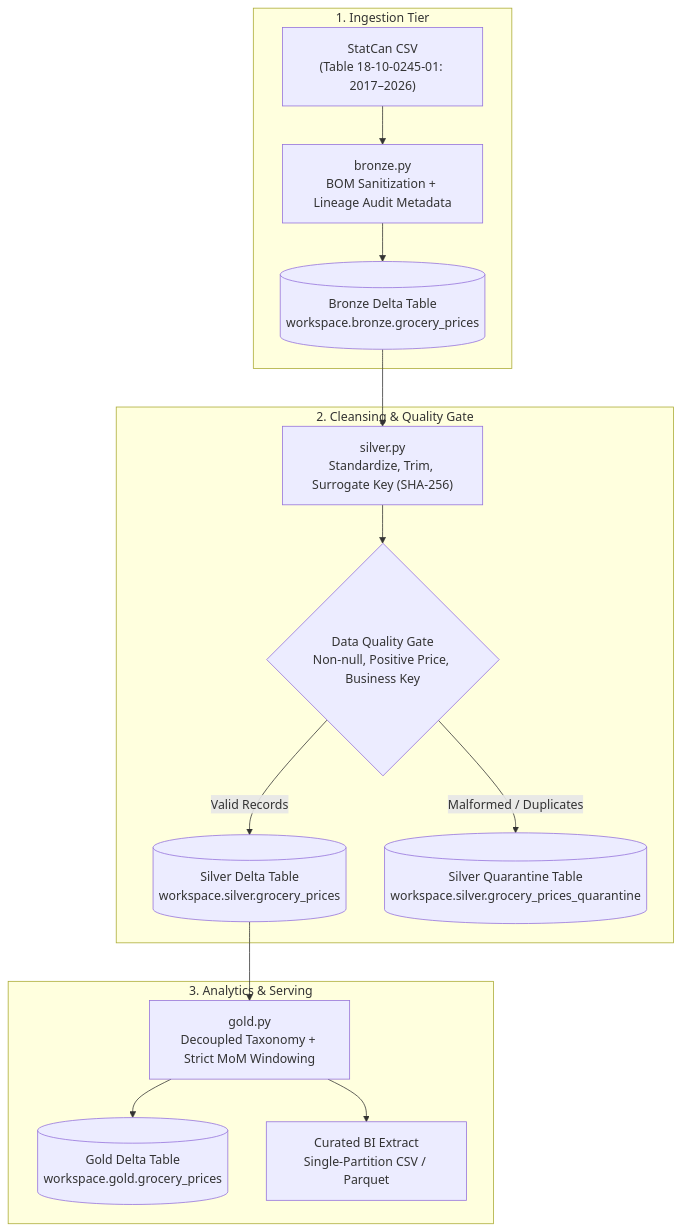
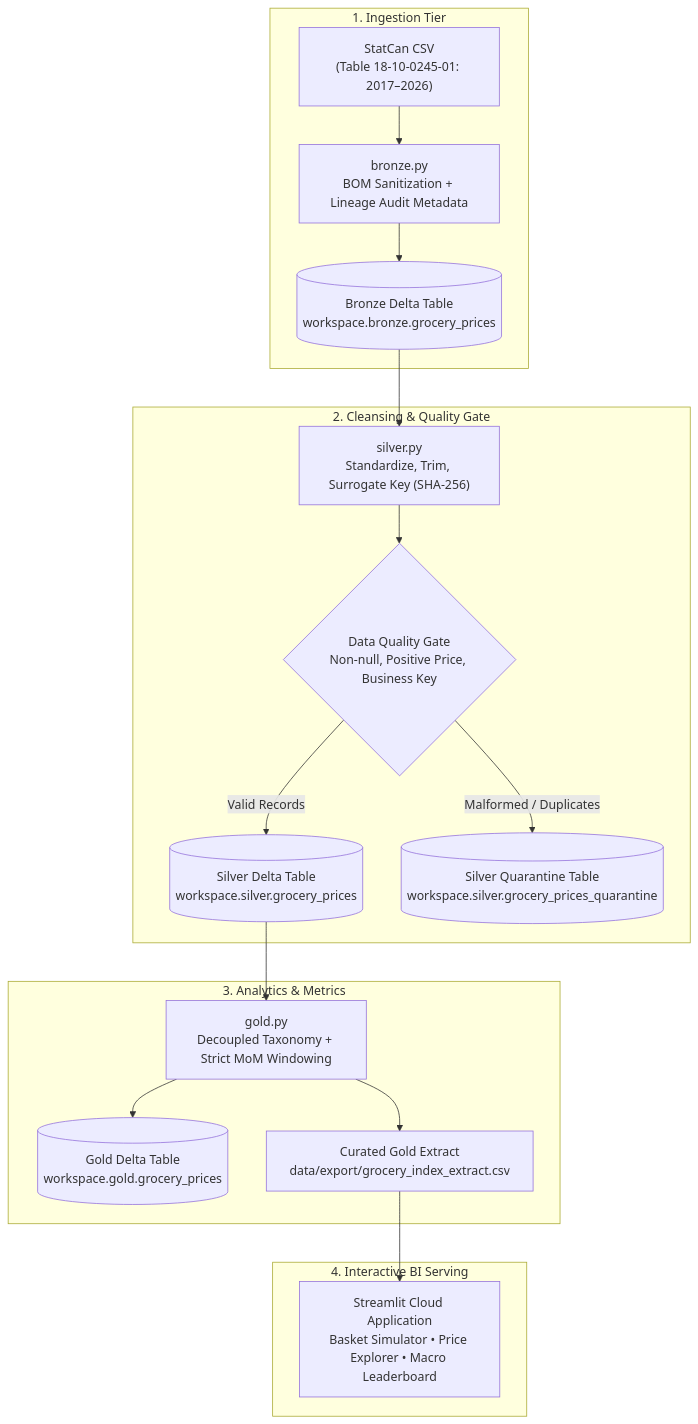
The diagram in README.md (sathwikio/GII-Grocery-Intelligence-Index), drawn with Mermaid before and after one commit. The commit also changed 2 other files, not shown here.

Commit message:
docs: add Serving Tier to architecture diagram, add ADR 007, and update Makefile

````diff
--- a/README.md
+++ b/README.md
@@ -55,20 +55,24 @@
 ```mermaid
 flowchart TD
     subgraph Landing["1. Ingestion Tier"]
         SourceCSV["StatCan CSV<br/>(Table 18-10-0245-01: 2017–2026)"] --> BronzeJob["bronze.py<br/>BOM Sanitization + Lineage Audit Metadata"]
         BronzeJob --> BronzeDelta[("Bronze Delta Table<br/>workspace.bronze.grocery_prices")]
     end
 
     subgraph SilverTier["2. Cleansing & Quality Gate"]
         BronzeDelta --> SilverJob["silver.py<br/>Standardize, Trim, Surrogate Key (SHA-256)"]
         SilverJob --> DQEngine{"Data Quality Gate<br/>Non-null, Positive Price, Business Key"}
         DQEngine -->|Valid Records| SilverDelta[("Silver Delta Table<br/>workspace.silver.grocery_prices")]
         DQEngine -->|Malformed / Duplicates| QuarantineDelta[("Silver Quarantine Table<br/>workspace.silver.grocery_prices_quarantine")]
     end
 
-    subgraph GoldTier["3. Analytics & Serving"]
+    subgraph GoldTier["3. Analytics & Metrics"]
         SilverDelta --> GoldJob["gold.py<br/>Decoupled Taxonomy + Strict MoM Windowing"]
         GoldJob --> GoldDelta[("Gold Delta Table<br/>workspace.gold.grocery_prices")]
-        GoldJob --> GoldExtract["Curated BI Extract<br/>Single-Partition CSV / Parquet"]
+        GoldJob --> GoldExtract["Curated Gold Extract<br/>data/export/grocery_index_extract.csv"]
+    end
+
+    subgraph ServingTier["4. Interactive BI Serving"]
+        GoldExtract --> StreamlitApp["Streamlit Cloud Application<br/>Basket Simulator • Price Explorer • Macro Leaderboard"]
     end
 ```
````
